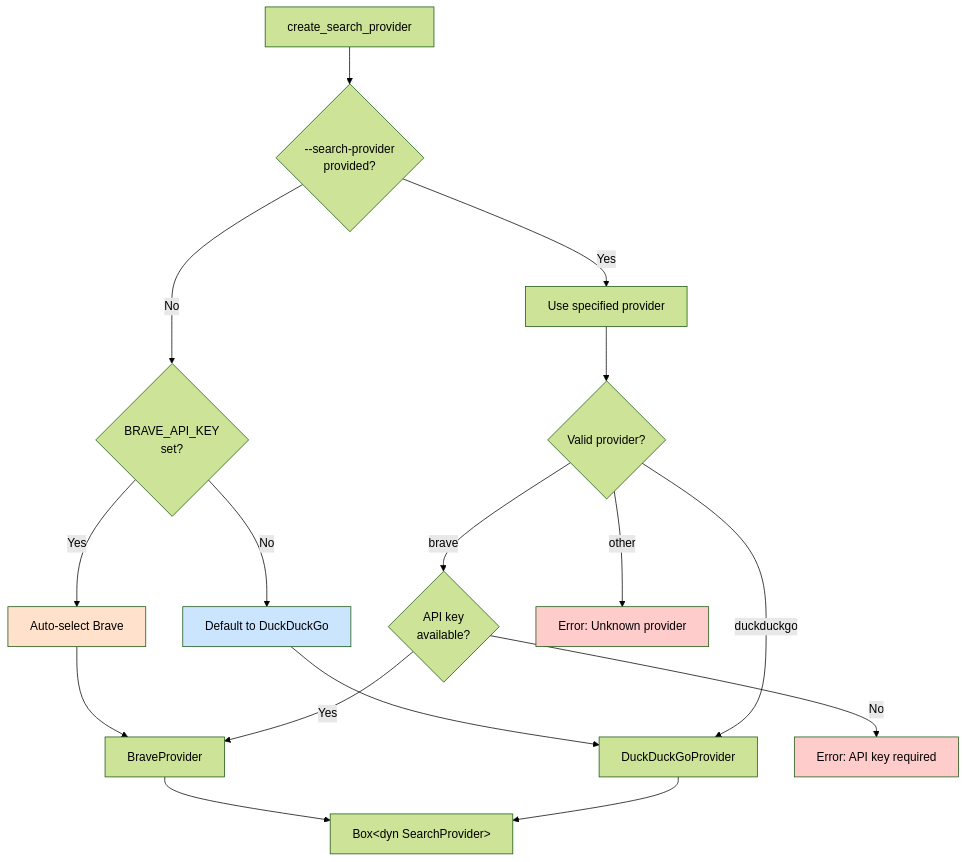
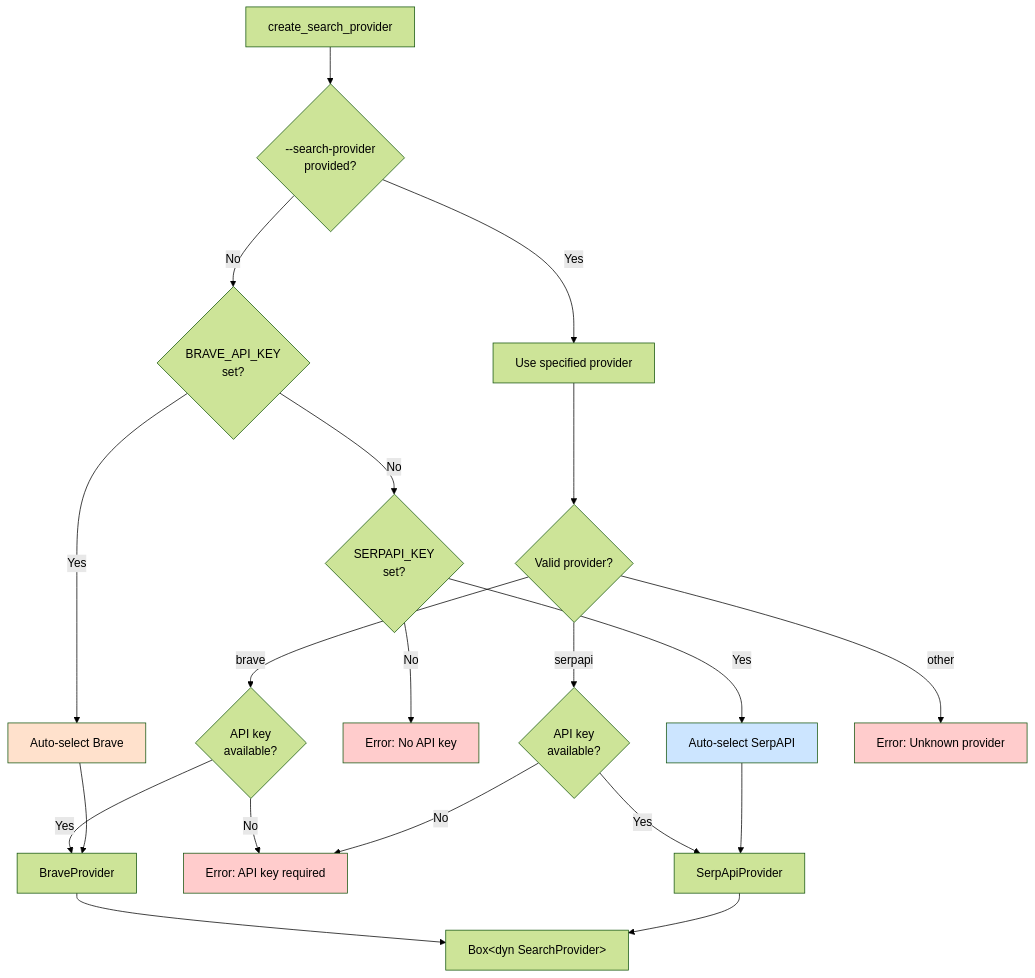
The sixth of 15 diagrams in ARCHITECTURE.md (shapedthought/term-ai), drawn with Mermaid (forest theme) before and after one commit. The commit also changed other lines of this file and 4 other files, not shown here.

````diff
--- a/ARCHITECTURE.md
+++ b/ARCHITECTURE.md
@@ -343,29 +343,36 @@
 ```mermaid
 flowchart TD
     Start[create_search_provider] --> ExplicitFlag{--search-provider<br/>provided?}
 
     ExplicitFlag -->|Yes| UseExplicit[Use specified provider]
-    ExplicitFlag -->|No| CheckAPIKey{BRAVE_API_KEY<br/>set?}
+    ExplicitFlag -->|No| CheckBrave{BRAVE_API_KEY<br/>set?}
 
-    CheckAPIKey -->|Yes| UseBrave[Auto-select Brave]
-    CheckAPIKey -->|No| UseDDG[Default to DuckDuckGo]
+    CheckBrave -->|Yes| UseBrave[Auto-select Brave]
+    CheckBrave -->|No| CheckSerpApi{SERPAPI_KEY<br/>set?}
+
+    CheckSerpApi -->|Yes| UseSerpApi[Auto-select SerpAPI]
+    CheckSerpApi -->|No| ErrorNoKey[Error: No API key]
 
     UseExplicit --> ValidateProvider{Valid provider?}
-    ValidateProvider -->|duckduckgo| CreateDDG[DuckDuckGoProvider]
-    ValidateProvider -->|brave| CheckKey{API key<br/>available?}
+    ValidateProvider -->|brave| CheckBraveKey{API key<br/>available?}
+    ValidateProvider -->|serpapi| CheckSerpKey{API key<br/>available?}
     ValidateProvider -->|other| ErrorInvalid[Error: Unknown provider]
 
-    CheckKey -->|Yes| CreateBrave[BraveProvider]
-    CheckKey -->|No| ErrorKey[Error: API key required]
+    CheckBraveKey -->|Yes| CreateBrave[BraveProvider]
+    CheckBraveKey -->|No| ErrorKey[Error: API key required]
+
+    CheckSerpKey -->|Yes| CreateSerpApi[SerpApiProvider]
+    CheckSerpKey -->|No| ErrorKey
 
     UseBrave --> CreateBrave
-    UseDDG --> CreateDDG
+    UseSerpApi --> CreateSerpApi
 
-    CreateDDG --> Return[Box&lt;dyn SearchProvider&gt;]
-    CreateBrave --> Return
+    CreateBrave --> Return[Box&lt;dyn SearchProvider&gt;]
+    CreateSerpApi --> Return
 
     style UseBrave fill:#ffe1cc
-    style UseDDG fill:#cce5ff
+    style UseSerpApi fill:#cce5ff
     style ErrorInvalid fill:#ffcccc
     style ErrorKey fill:#ffcccc
+    style ErrorNoKey fill:#ffcccc
 ```
````
